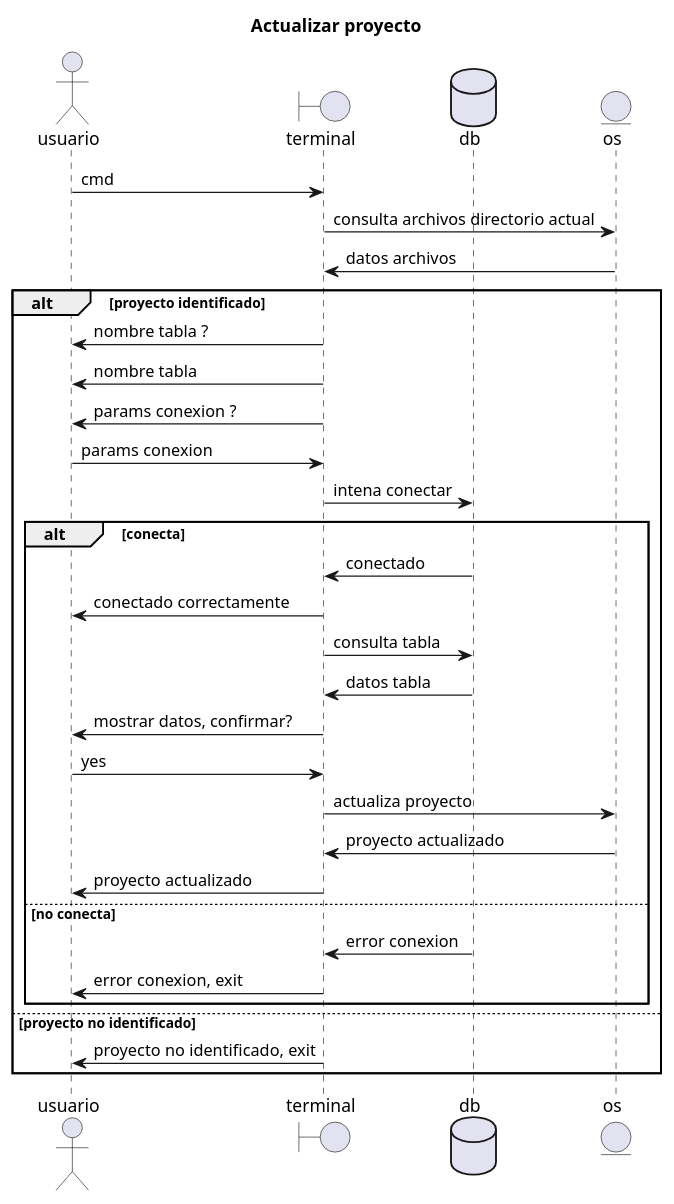
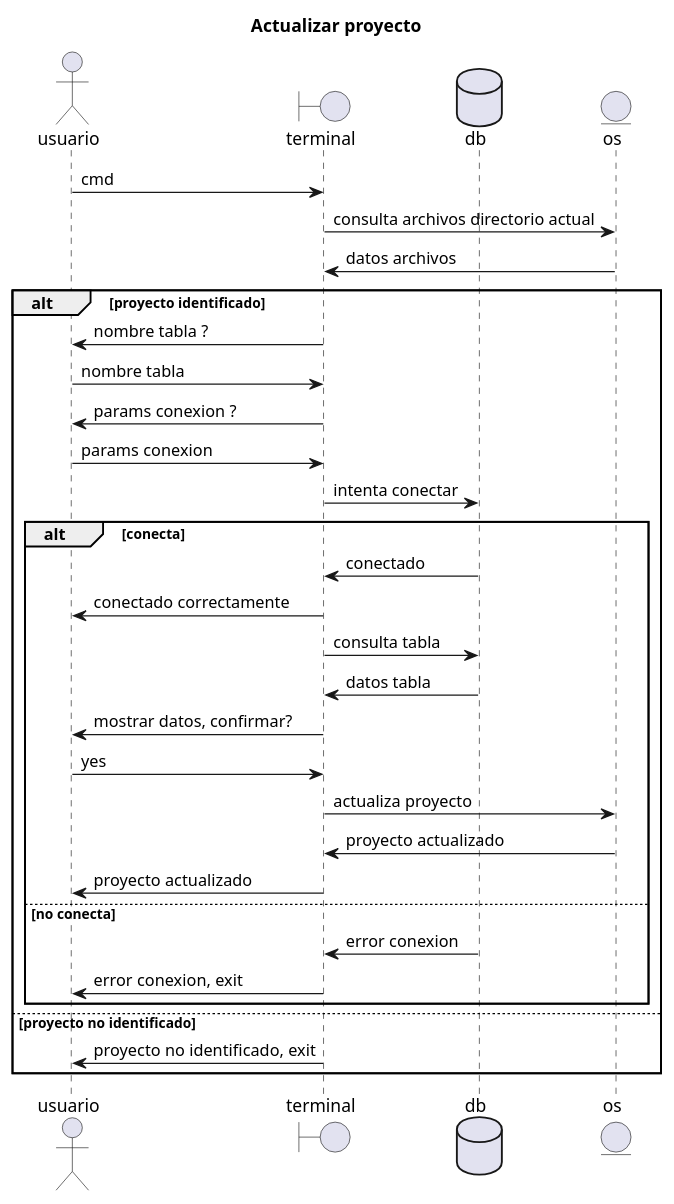
One commit to eddyvy/tfg-go-cli changed the diagram in diagrams/sequence_update.puml. Above: the diagram before and after it, drawn with PlantUML.

Commit message:
fix: :pencil2: correccion en diagrama actualizacion

```diff
--- a/diagrams/sequence_update.puml
+++ b/diagrams/sequence_update.puml
@@ -1,40 +1,40 @@
 @startuml update_project
 
 title Actualizar proyecto
 
 actor usuario as user
 boundary terminal as term
 database db as db
 entity os as os
 
 user -> term : cmd
 term -> os : consulta archivos directorio actual
 os -> term : datos archivos
 
 alt proyecto identificado
   term -> user : nombre tabla ?
-  term -> user : nombre tabla
+  user -> term : nombre tabla
   term -> user : params conexion ?
   user -> term : params conexion
-  term -> db : intena conectar
+  term -> db : intenta conectar
 
   alt conecta
     db -> term : conectado
     term -> user : conectado correctamente
     term -> db : consulta tabla
     db -> term : datos tabla
     term -> user : mostrar datos, confirmar?
     user -> term : yes
     term -> os : actualiza proyecto
     os -> term : proyecto actualizado
     term -> user : proyecto actualizado
   else no conecta
     db -> term : error conexion
     term -> user : error conexion, exit
   end
 
 else proyecto no identificado
   term -> user : proyecto no identificado, exit
 end
 
 @enduml
```
